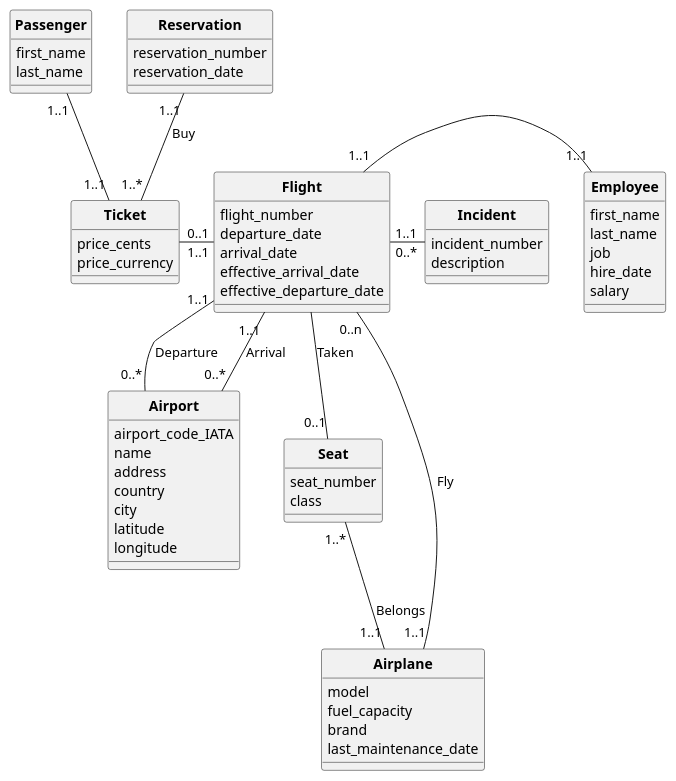
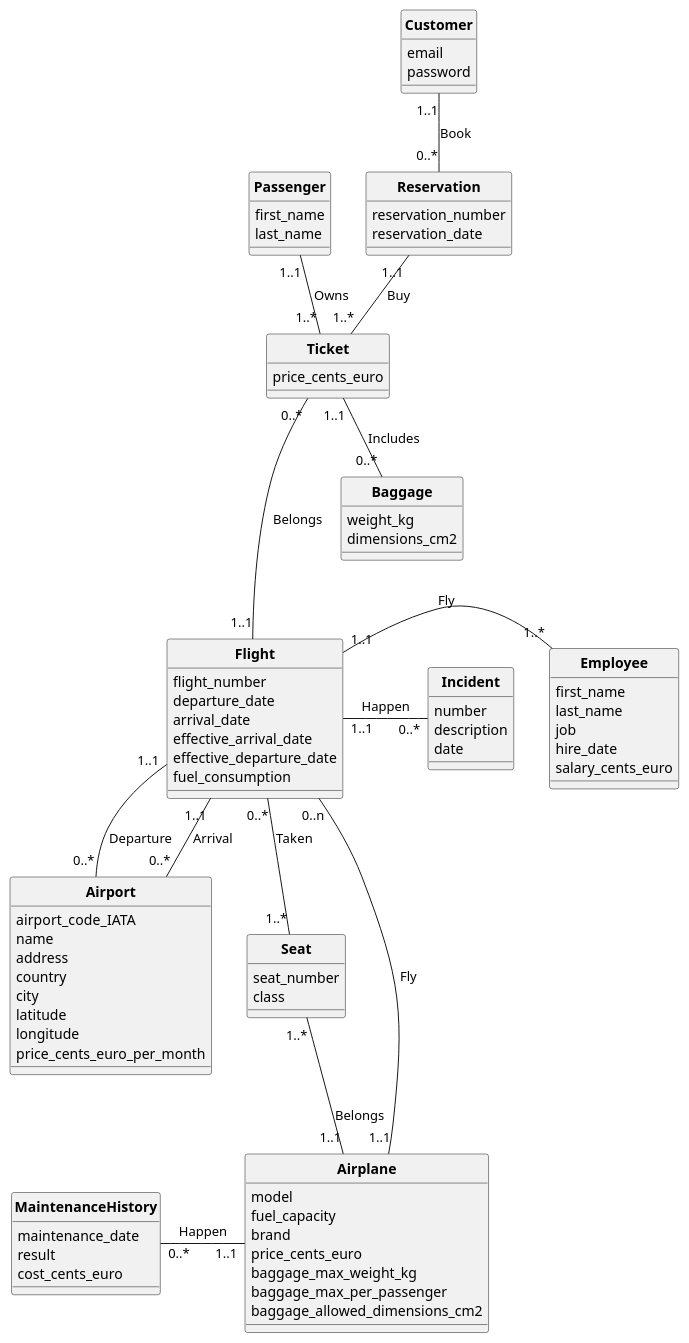
The diagram in docs/MCD.puml (cnam-theoludwig/cnam-database), drawn with PlantUML before and after one commit. The commit also changed 1 other file, not shown here.

```diff
--- a/docs/MCD.puml
+++ b/docs/MCD.puml
@@ -1,79 +1,106 @@
 @startuml UML
 
 skinparam style strictuml
 skinparam classAttributeIconSize 0
 skinparam classFontStyle Bold
 hide enum methods
 
 class Flight {
   flight_number
   departure_date
   arrival_date
   effective_arrival_date
   effective_departure_date
+  fuel_consumption
 }
 
 class Airport {
   airport_code_IATA
   name
   address
   country
   city
   latitude
   longitude
+  price_cents_euro_per_month
 }
 
 class Airplane {
   model
   fuel_capacity
   brand
-  last_maintenance_date
+  price_cents_euro
+  baggage_max_weight_kg
+  baggage_max_per_passenger
+  baggage_allowed_dimensions_cm2
+}
+
+class MaintenanceHistory {
+  maintenance_date
+  result
+  cost_cents_euro
 }
 
 class Employee {
   first_name
   last_name
   job
   hire_date
-  salary
+  salary_cents_euro
 }
 
 class Passenger {
   first_name
   last_name
 }
 
 class Ticket {
-  price_cents
-  price_currency
+  price_cents_euro
+}
+
+class Customer {
+  email
+  password
 }
 
 class Seat {
   seat_number
   class
 }
 
 class Reservation {
   reservation_number
   reservation_date
 }
 
 class Incident {
-  incident_number
+  number
   description
+  date
+}
+
+class Baggage {
+  weight_kg
+  dimensions_cm2
 }
 
 Airplane "1..1" -- "0..n" Flight : Fly
 Seat "1..*" -- "1..1" Airplane : Belongs
-Employee "1..1" -left- "1..1" Flight
-Passenger "1..1" -- "1..1" Ticket
-Ticket "0..1" -right- "1..1" Flight
-Flight -- "0..1" Seat : Taken
+Employee "1..*" -left- "1..1" Flight : Fly
+Passenger "1..1" -- "1..*" Ticket : Owns
+Ticket "0..*" --- "1..1" Flight : Belongs
+Flight "0..*" -- "1..*" Seat : Taken
 Reservation "1..1" -- "1..*" Ticket : Buy
 
-Flight "1..1" -right-- "0..*" Incident
+MaintenanceHistory "0..*" -right- "1..1" Airplane : Happen
+
+Flight "1..1" -right- "0..*" Incident : Happen
 
 Flight "1..1" -- "0..*" Airport : Departure
 Flight "1..1" -- "0..*" Airport : Arrival
 
+Customer "1..1" -- "0..*" Reservation : Book
+
+Ticket "1..1" -- "0..*" Baggage : Includes
+
 @enduml
```
